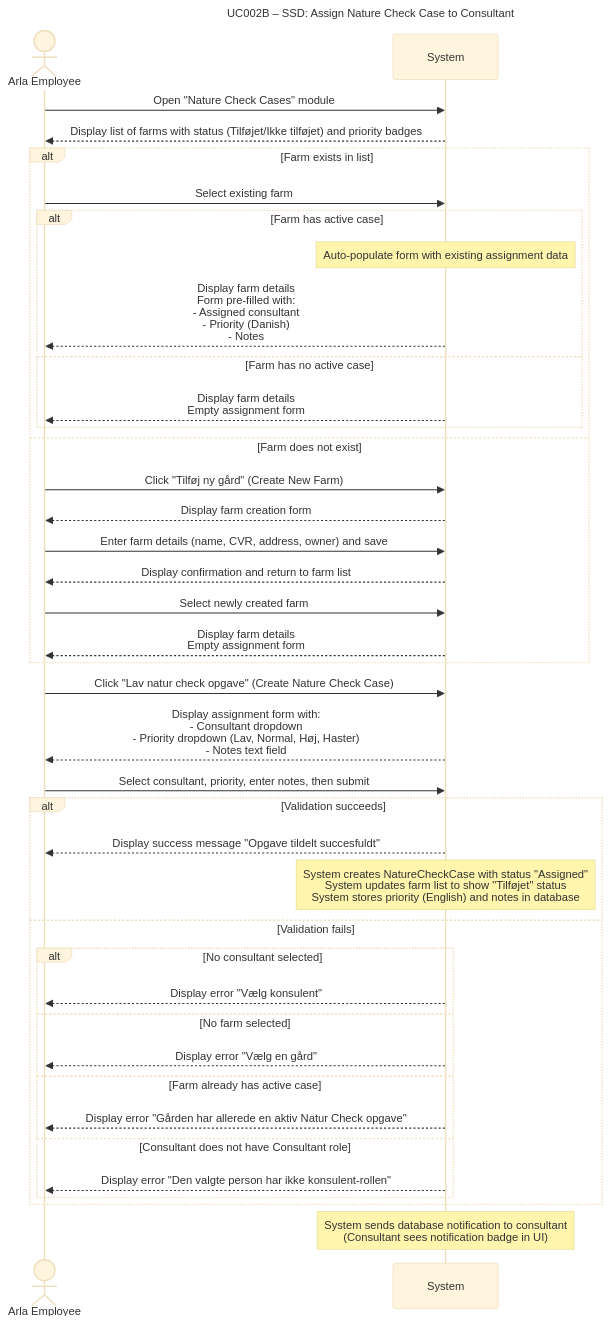
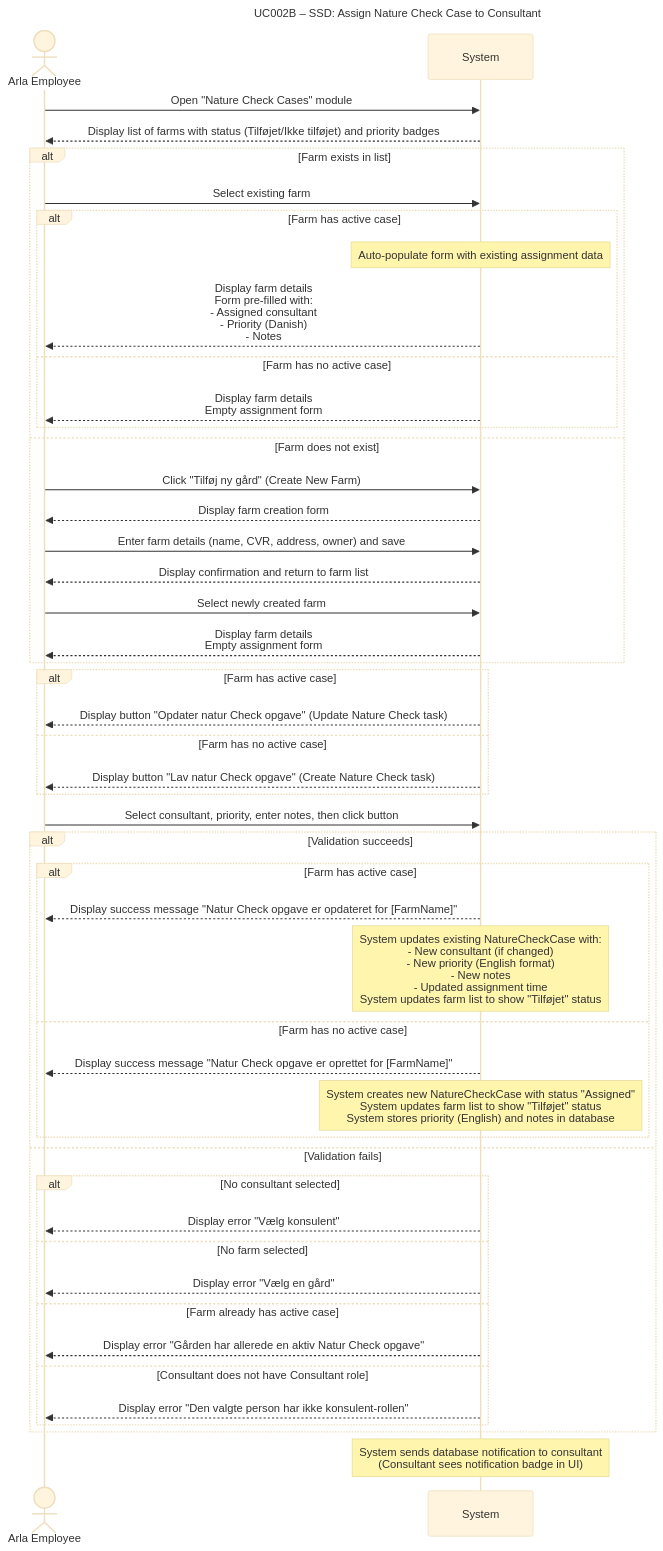
One commit to DMOoF25-TEAM11/ArlaNatureConnect changed the diagram in docs/UseCase002B-AssignNatureCheckCase/UC002B-SSD.md. Above: the diagram before and after it, drawn with Mermaid (base theme). The commit also changed other lines of this file and 14 other files, not shown here.

````diff
--- a/docs/UseCase002B-AssignNatureCheckCase/UC002B-SSD.md
+++ b/docs/UseCase002B-AssignNatureCheckCase/UC002B-SSD.md
@@ -5,48 +5,56 @@
 ```mermaid
 sequenceDiagram
     title UC002B – SSD: Assign Nature Check Case to Consultant
 
     actor ArlaEmployee as Arla Employee
     participant System as System
 
     ArlaEmployee ->> System: Open "Nature Check Cases" module
     System -->> ArlaEmployee: Display list of farms with status (Tilføjet/Ikke tilføjet) and priority badges
 
     alt Farm exists in list
         ArlaEmployee ->> System: Select existing farm
         alt Farm has active case
             Note over System: Auto-populate form with existing assignment data
             System -->> ArlaEmployee: Display farm details<br/>Form pre-filled with:<br/>- Assigned consultant<br/>- Priority (Danish)<br/>- Notes
         else Farm has no active case
             System -->> ArlaEmployee: Display farm details<br/>Empty assignment form
         end
     else Farm does not exist
         ArlaEmployee ->> System: Click "Tilføj ny gård" (Create New Farm)
         System -->> ArlaEmployee: Display farm creation form
         ArlaEmployee ->> System: Enter farm details (name, CVR, address, owner) and save
         System -->> ArlaEmployee: Display confirmation and return to farm list
         ArlaEmployee ->> System: Select newly created farm
         System -->> ArlaEmployee: Display farm details<br/>Empty assignment form
     end
 
-    ArlaEmployee ->> System: Click "Lav natur check opgave" (Create Nature Check Case)
-    System -->> ArlaEmployee: Display assignment form with:<br/>- Consultant dropdown<br/>- Priority dropdown (Lav, Normal, Høj, Haster)<br/>- Notes text field
+    alt Farm has active case
+        System -->> ArlaEmployee: Display button "Opdater natur Check opgave" (Update Nature Check task)
+    else Farm has no active case
+        System -->> ArlaEmployee: Display button "Lav natur Check opgave" (Create Nature Check task)
+    end
 
-    ArlaEmployee ->> System: Select consultant, priority, enter notes, then submit
+    ArlaEmployee ->> System: Select consultant, priority, enter notes, then click button
     alt Validation succeeds
-        System -->> ArlaEmployee: Display success message "Opgave tildelt succesfuldt"
-        Note over System: System creates NatureCheckCase with status "Assigned"<br/>System updates farm list to show "Tilføjet" status<br/>System stores priority (English) and notes in database
+        alt Farm has active case
+            System -->> ArlaEmployee: Display success message "Natur Check opgave er opdateret for [FarmName]"
+            Note over System: System updates existing NatureCheckCase with:<br/>- New consultant (if changed)<br/>- New priority (English format)<br/>- New notes<br/>- Updated assignment time<br/>System updates farm list to show "Tilføjet" status
+        else Farm has no active case
+            System -->> ArlaEmployee: Display success message "Natur Check opgave er oprettet for [FarmName]"
+            Note over System: System creates new NatureCheckCase with status "Assigned"<br/>System updates farm list to show "Tilføjet" status<br/>System stores priority (English) and notes in database
+        end
     else Validation fails
         alt No consultant selected
             System -->> ArlaEmployee: Display error "Vælg konsulent"
         else No farm selected
             System -->> ArlaEmployee: Display error "Vælg en gård"
         else Farm already has active case
             System -->> ArlaEmployee: Display error "Gården har allerede en aktiv Natur Check opgave"
         else Consultant does not have Consultant role
             System -->> ArlaEmployee: Display error "Den valgte person har ikke konsulent-rollen"
         end
     end
 
     Note over System: System sends database notification to consultant<br/>(Consultant sees notification badge in UI)
 ```
````
